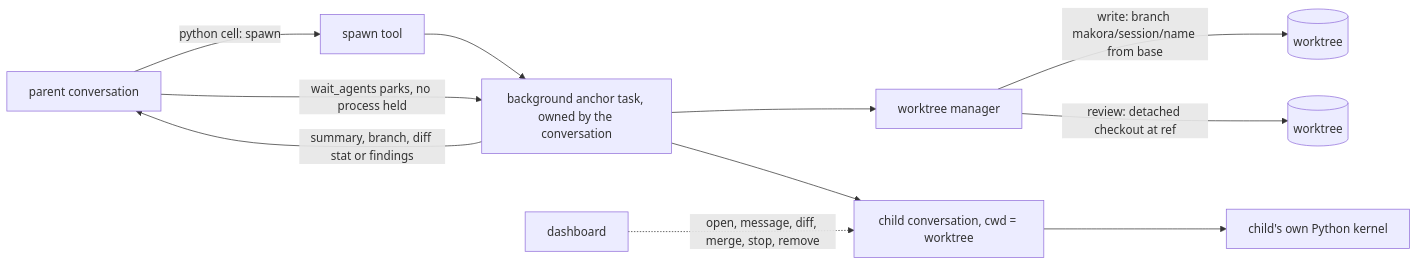
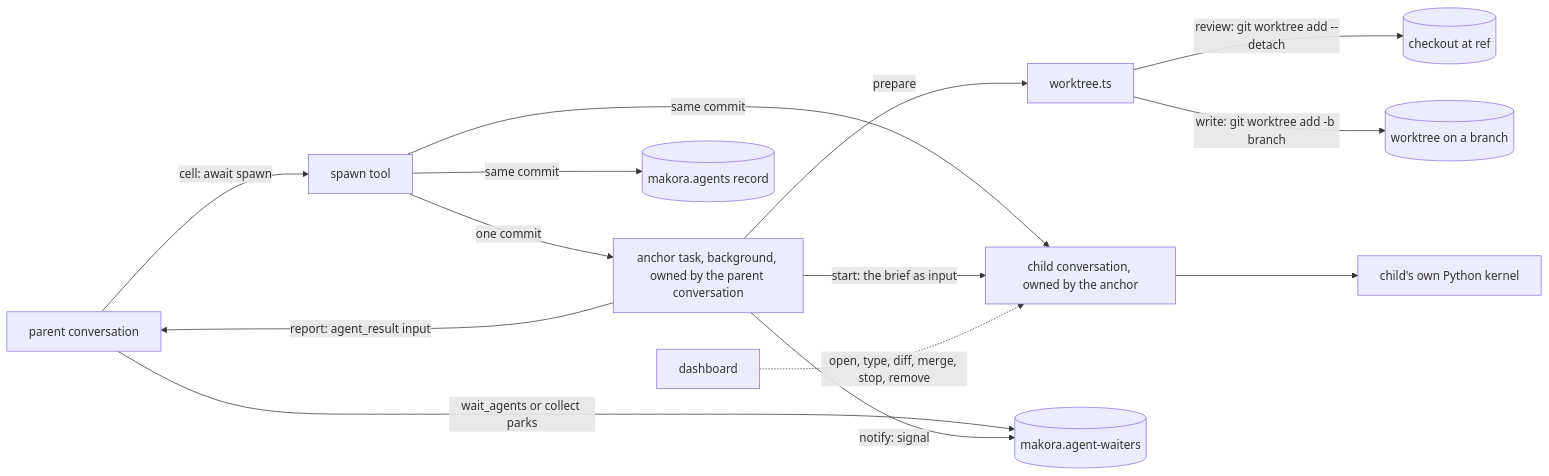
Before and after one commit to mr-jones123/makora: the diagram in docs/architecture/subagents.md, drawn with Mermaid. The commit also changed other lines of this file and 17 other files, not shown here.

Commit message:
docs: makora subagents, the agents dashboard, and their decisions

````diff
--- a/docs/architecture/subagents.md
+++ b/docs/architecture/subagents.md
@@ -12,13 +13,16 @@
 ```mermaid
 flowchart LR
-  P[parent conversation] -->|python cell: spawn| ST[spawn tool]
-  ST --> A[background anchor task, owned by the conversation]
-  A --> WT[worktree manager]
-  WT -->|write: branch makora/session/name from base| W1[(worktree)]
-  WT -->|review: detached checkout at ref| W2[(worktree)]
-  A --> C[child conversation, cwd = worktree]
+  P[parent conversation] -->|cell: await spawn| ST[spawn tool]
+  ST -->|one commit| A[anchor task, background, owned by the parent conversation]
+  ST -->|same commit| C[child conversation, owned by the anchor]
+  ST -->|same commit| R[(makora.agents record)]
+  A -->|prepare| WT[worktree.ts]
+  WT -->|review: git worktree add --detach| W2[(checkout at ref)]
+  WT -->|write: git worktree add -b branch| W1[(worktree on a branch)]
+  A -->|start: the brief as input| C
   C --> K[child's own Python kernel]
-  P -->|wait_agents parks, no process held| A
-  A -->|summary, branch, diff stat or findings| P
-  D[dashboard] -.open, message, diff, merge, stop, remove.-> C
+  P -->|wait_agents or collect parks| WA[(makora.agent-waiters)]
+  A -->|notify: signal| WA
+  A -->|report: agent_result input| P
+  D[dashboard] -.open, type, diff, merge, stop, remove.-> C
 ```
````
